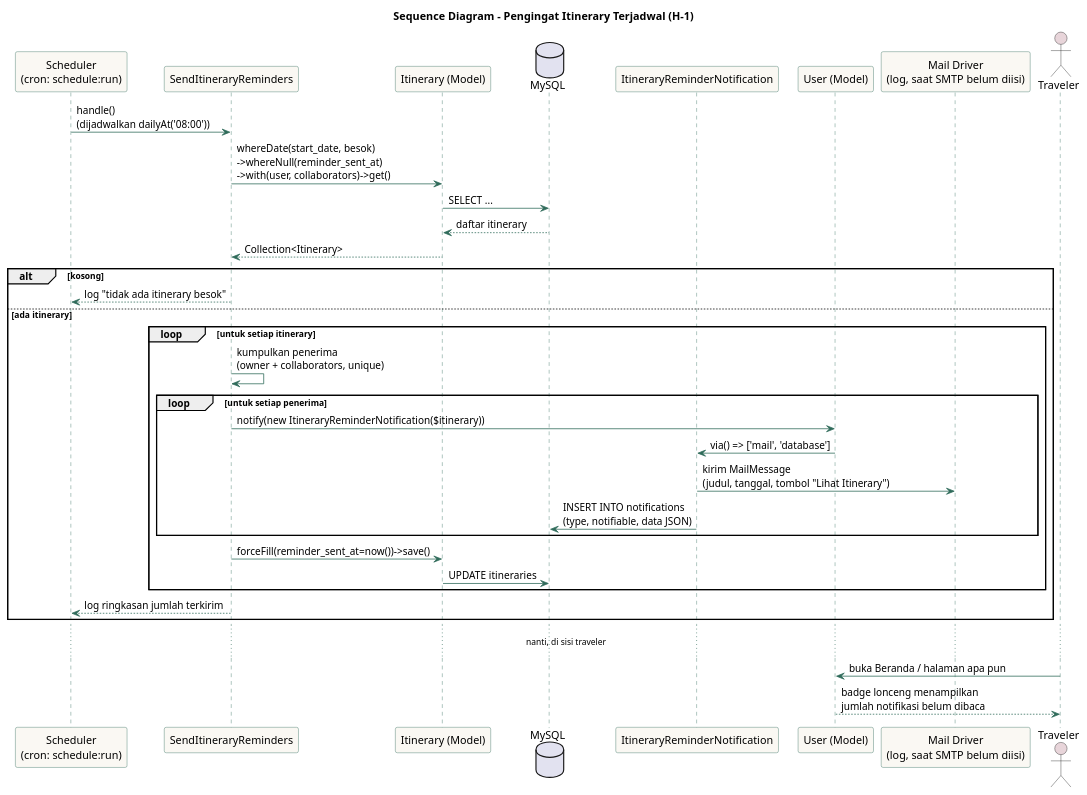
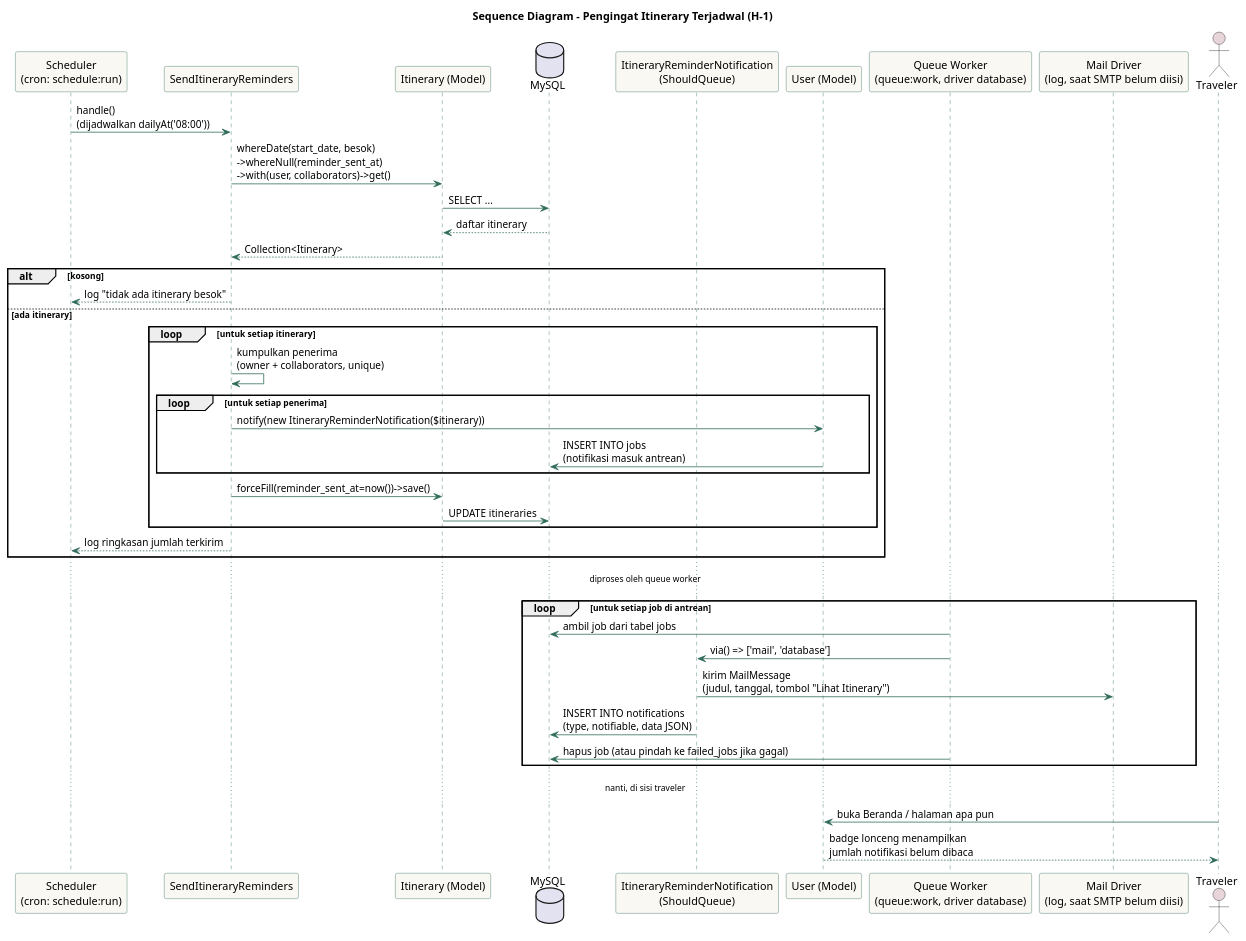
Before and after one commit to anugrahhhhh/tripplane-jogja-itenary: the diagram in docs/uml-plantuml/13-sequence-reminder.puml, drawn with PlantUML. The commit also changed 79 other files, not shown here.

First line of the commit message:
docs(uml): sync PlantUML diagrams with current system and split complex activity diagrams

```diff
--- a/docs/uml-plantuml/13-sequence-reminder.puml
+++ b/docs/uml-plantuml/13-sequence-reminder.puml
@@ -1,48 +1,56 @@
 @startuml 13-sequence-reminder
 title Sequence Diagram - Pengingat Itinerary Terjadwal (H-1)
 
 skinparam sequence {
   ArrowColor #2F6B5A
   LifeLineBorderColor #2F6B5A
   ParticipantBorderColor #2F6B5A
   ParticipantBackgroundColor #FAF8F3
   ActorBackgroundColor #E8D5DA
 }
 
 participant "Scheduler\n(cron: schedule:run)" as Cron
 participant "SendItineraryReminders" as Cmd
 participant "Itinerary (Model)" as Itin
 database "MySQL" as DB
-participant "ItineraryReminderNotification" as Notif
+participant "ItineraryReminderNotification\n(ShouldQueue)" as Notif
 participant "User (Model)" as UserModel
+participant "Queue Worker\n(queue:work, driver database)" as Worker
 participant "Mail Driver\n(log, saat SMTP belum diisi)" as Mail
 
 Cron -> Cmd : handle()\n(dijadwalkan dailyAt('08:00'))
 Cmd -> Itin : whereDate(start_date, besok)\n->whereNull(reminder_sent_at)\n->with(user, collaborators)->get()
 Itin -> DB : SELECT ...
 DB --> Itin : daftar itinerary
 Itin --> Cmd : Collection<Itinerary>
 
 alt kosong
   Cmd --> Cron : log "tidak ada itinerary besok"
 else ada itinerary
   loop untuk setiap itinerary
     Cmd -> Cmd : kumpulkan penerima\n(owner + collaborators, unique)
     loop untuk setiap penerima
       Cmd -> UserModel : notify(new ItineraryReminderNotification($itinerary))
-      UserModel -> Notif : via() => ['mail', 'database']
-      Notif -> Mail : kirim MailMessage\n(judul, tanggal, tombol "Lihat Itinerary")
-      Notif -> DB : INSERT INTO notifications\n(type, notifiable, data JSON)
+      UserModel -> DB : INSERT INTO jobs\n(notifikasi masuk antrean)
     end
     Cmd -> Itin : forceFill(reminder_sent_at=now())->save()
     Itin -> DB : UPDATE itineraries
   end
   Cmd --> Cron : log ringkasan jumlah terkirim
+end
+
+... diproses oleh queue worker ...
+loop untuk setiap job di antrean
+  Worker -> DB : ambil job dari tabel jobs
+  Worker -> Notif : via() => ['mail', 'database']
+  Notif -> Mail : kirim MailMessage\n(judul, tanggal, tombol "Lihat Itinerary")
+  Notif -> DB : INSERT INTO notifications\n(type, notifiable, data JSON)
+  Worker -> DB : hapus job (atau pindah ke failed_jobs jika gagal)
 end
 
 ... nanti, di sisi traveler ...
 actor Traveler
 Traveler -> UserModel : buka Beranda / halaman apa pun
 UserModel --> Traveler : badge lonceng menampilkan\njumlah notifikasi belum dibaca
 
 @enduml
```
